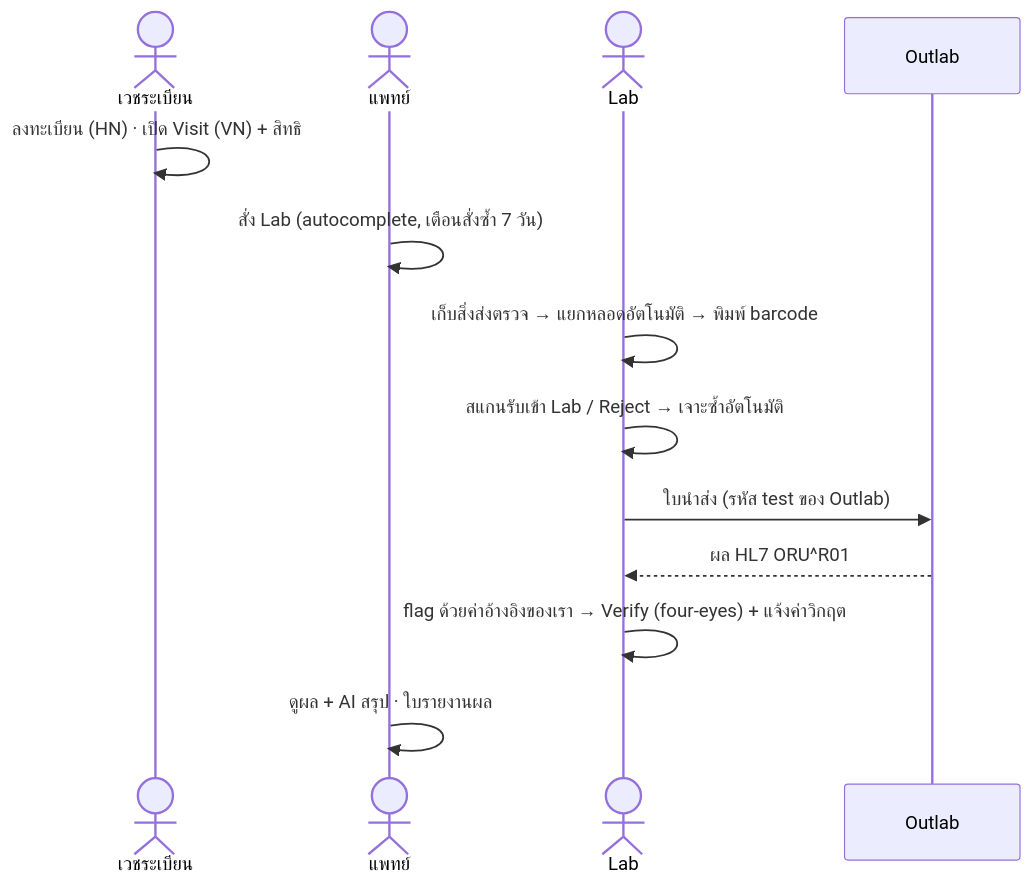
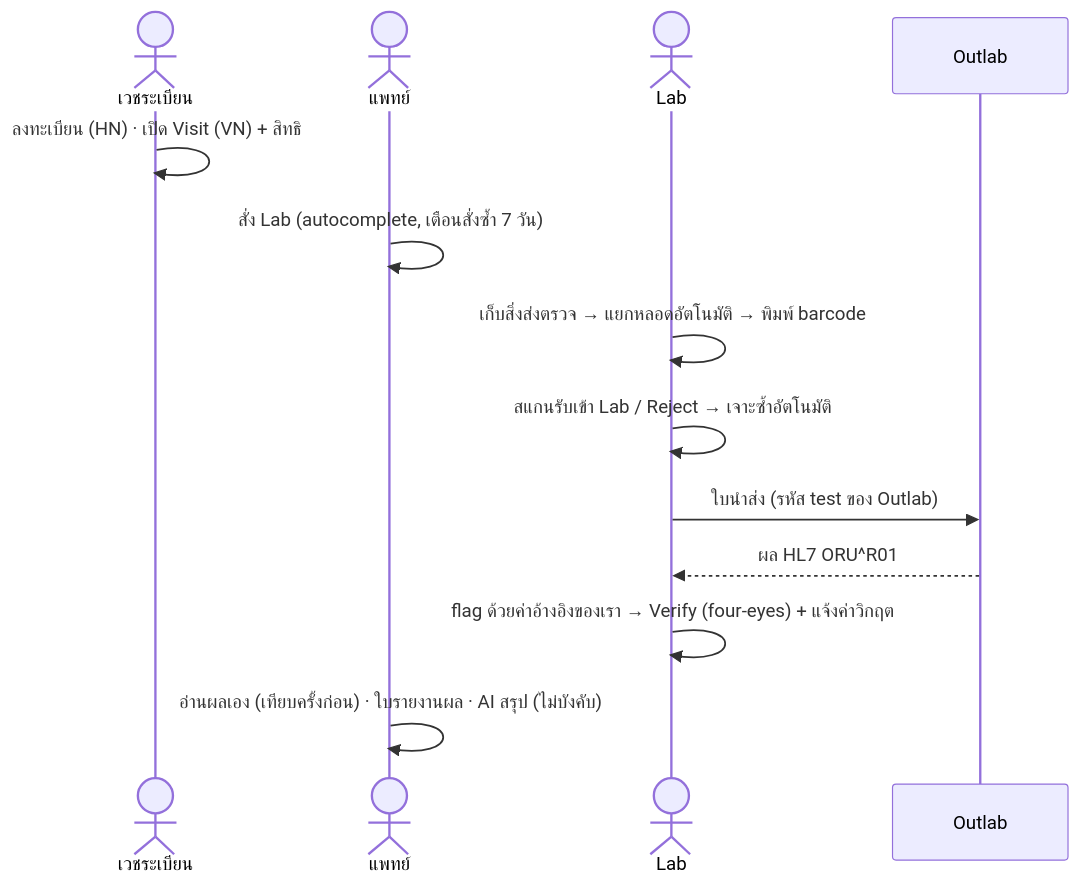
One commit to Chanatar-t/miniHIS changed the first of 3 diagrams in README.md. Above: the diagram before and after it, drawn with Mermaid. The commit also changed other lines of this file and 8 other files, not shown here.

````diff
--- a/README.md
+++ b/README.md
@@ -13,15 +13,15 @@
 ```mermaid
 sequenceDiagram
   actor C as เวชระเบียน
   actor D as แพทย์
   actor L as Lab
   participant O as Outlab
   C->>C: ลงทะเบียน (HN) · เปิด Visit (VN) + สิทธิ
   D->>D: สั่ง Lab (autocomplete, เตือนสั่งซ้ำ 7 วัน)
   L->>L: เก็บสิ่งส่งตรวจ → แยกหลอดอัตโนมัติ → พิมพ์ barcode
   L->>L: สแกนรับเข้า Lab / Reject → เจาะซ้ำอัตโนมัติ
   L->>O: ใบนำส่ง (รหัส test ของ Outlab)
   O-->>L: ผล HL7 ORU^R01
   L->>L: flag ด้วยค่าอ้างอิงของเรา → Verify (four-eyes) + แจ้งค่าวิกฤต
-  D->>D: ดูผล + AI สรุป · ใบรายงานผล
+  D->>D: อ่านผลเอง (เทียบครั้งก่อน) · ใบรายงานผล · AI สรุป (ไม่บังคับ)
 ```
````
